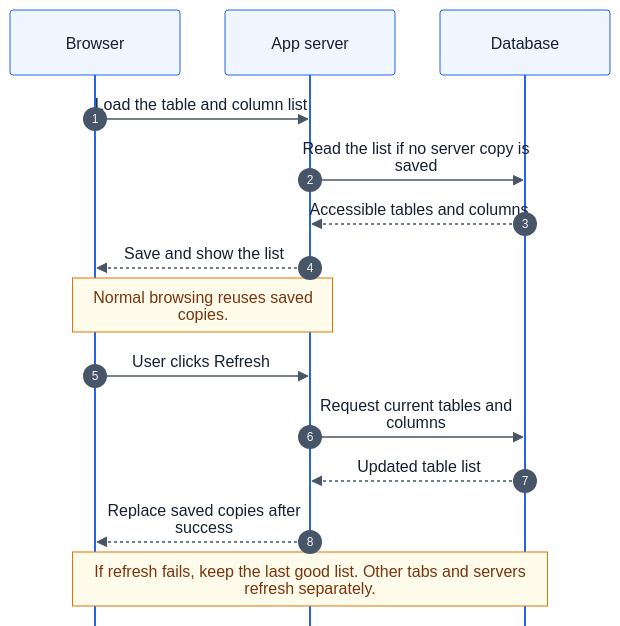
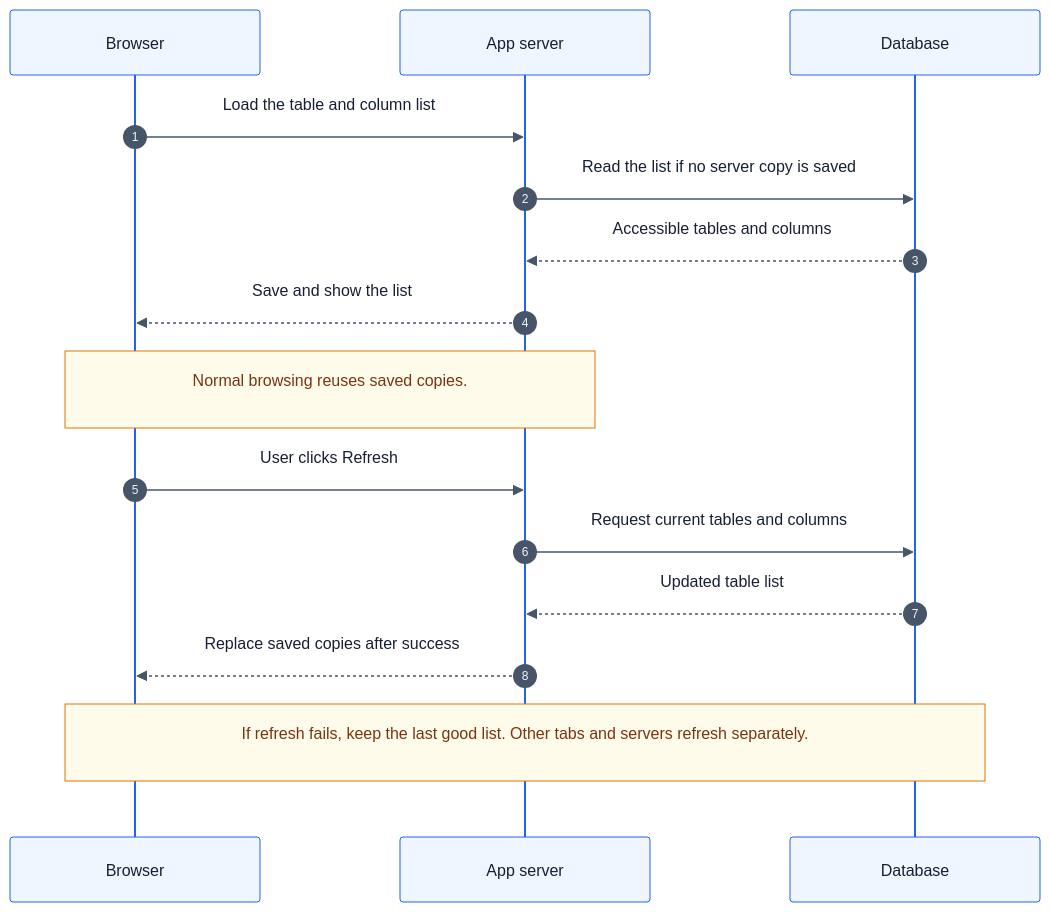
The diagram in mermaid/10-schema-cache-sequence.mmd (vshete/sql-query-app), drawn with Mermaid before and after one commit. The commit also changed 54 other files, not shown here.

```diff
--- a/mermaid/10-schema-cache-sequence.mmd
+++ b/mermaid/10-schema-cache-sequence.mmd
@@ -1,20 +1,20 @@
-%%{init: {"theme":"base","fontFamily":"Arial, sans-serif","themeVariables":{"fontSize":"18px","actorBkg":"#eff6ff","actorBorder":"#2563eb","actorTextColor":"#172033","signalColor":"#475569","signalTextColor":"#172033","noteBkgColor":"#fffbeb","noteBorderColor":"#d97706","noteTextColor":"#78350f"},"sequence":{"mirrorActors":false,"wrap":true,"useMaxWidth":false,"width":170,"actorMargin":45,"messageMargin":30,"messageFontSize":18,"noteFontSize":17}}}%%
+%%{init: {"theme":"base","fontFamily":"Virgil","themeVariables":{"fontSize":"20px","actorBkg":"#eff6ff","actorBorder":"#2563eb","actorTextColor":"#172033","signalColor":"#475569","signalTextColor":"#172033","noteBkgColor":"#fffbeb","noteBorderColor":"#d97706","noteTextColor":"#78350f","fontFamily":"Virgil"},"sequence":{"mirrorActors":true,"wrap":true,"useMaxWidth":false,"width":250,"actorMargin":140,"messageMargin":96,"messageFontSize":20,"noteFontSize":20,"noteMargin":30,"boxMargin":28,"boxTextMargin":24},"look":"handDrawn","handDrawnSeed":42}}%%
 sequenceDiagram
     accTitle: The table list — load once, reuse, and refresh
     accDescr: The browser and server save table lists to avoid repeated discovery. This sequence shows loading when saved information is needed, followed by explicit refresh. Database discovery is skipped when the server already has a saved copy. Refresh replaces saved copies only on success and does not update other tabs or servers.
     autonumber
     participant B as Browser
     participant APP as App server
     participant DB as Database
 
     B->>APP: Load the table and column list
     APP->>DB: Read the list if no server copy is saved
     DB-->>APP: Accessible tables and columns
     APP-->>B: Save and show the list
     Note over B,APP: Normal browsing reuses saved copies.
 
     B->>APP: User clicks Refresh
     APP->>DB: Request current tables and columns
     DB-->>APP: Updated table list
     APP-->>B: Replace saved copies after success
     Note over B,DB: If refresh fails, keep the last good list. Other tabs and servers refresh separately.
```
